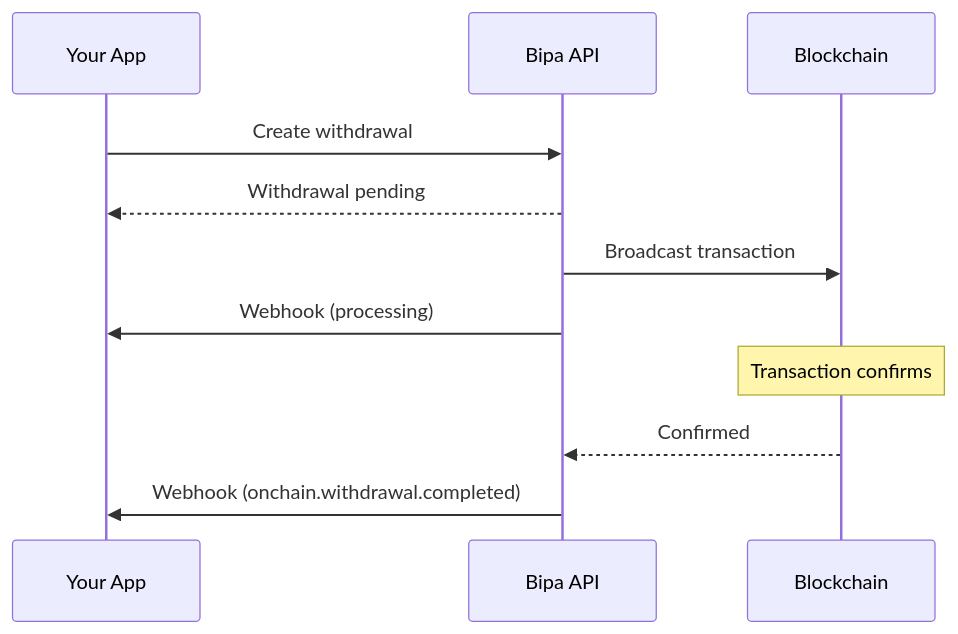
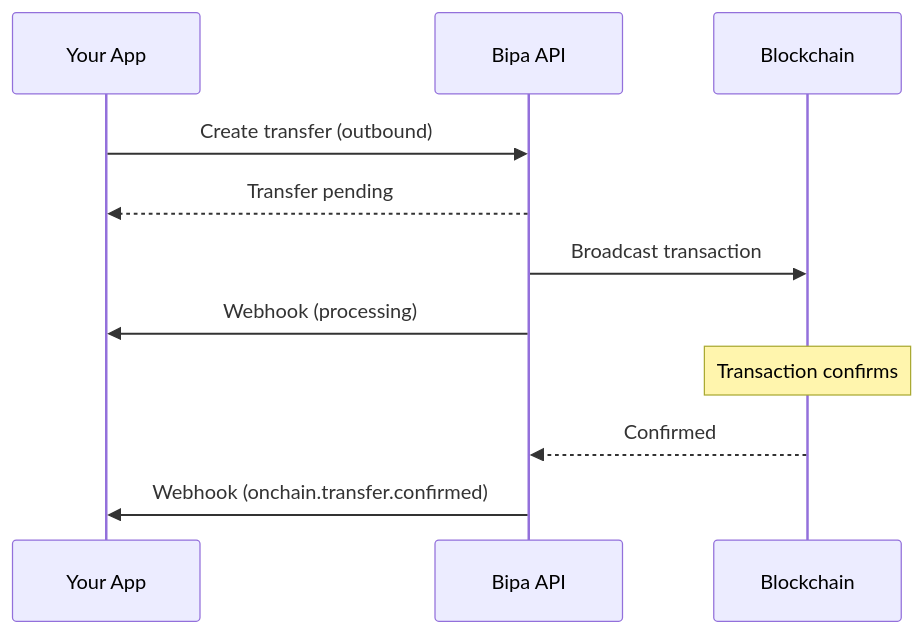
The second of 2 diagrams in api-reference/onchain/overview.mdx (bipa-app/docs), drawn with Mermaid before and after one commit. The commit also changed other lines of this file and 49 other files, not shown here.

````diff
--- a/api-reference/onchain/overview.mdx
+++ b/api-reference/onchain/overview.mdx
@@ -122,17 +127,17 @@
 ```mermaid
 sequenceDiagram
     participant App as Your App
     participant Bipa as Bipa API
     participant Chain as Blockchain
 
-    App->>Bipa: Create withdrawal
-    Bipa-->>App: Withdrawal pending
+    App->>Bipa: Create transfer (outbound)
+    Bipa-->>App: Transfer pending
 
     Bipa->>Chain: Broadcast transaction
     Bipa->>App: Webhook (processing)
 
     Note over Chain: Transaction confirms
 
     Chain-->>Bipa: Confirmed
-    Bipa->>App: Webhook (onchain.withdrawal.completed)
+    Bipa->>App: Webhook (onchain.transfer.confirmed)
 ```
````
